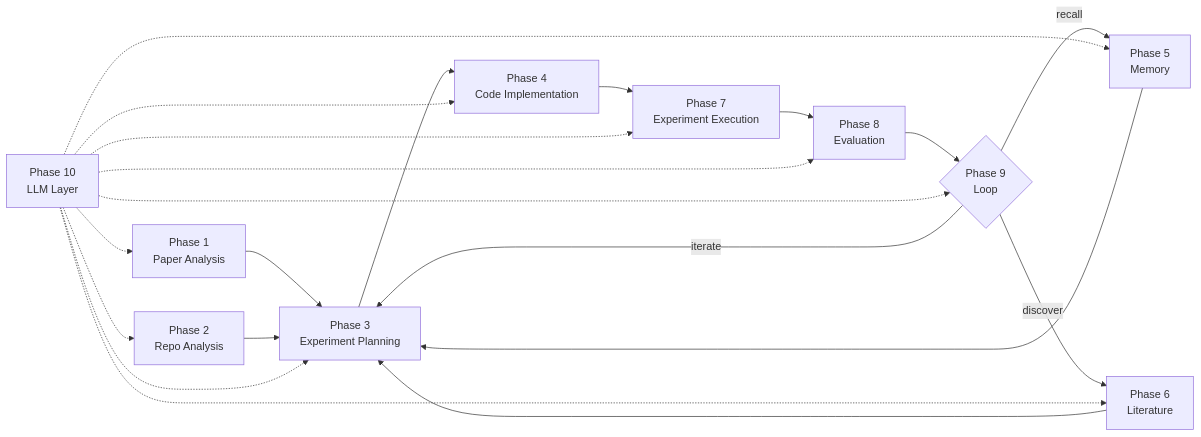
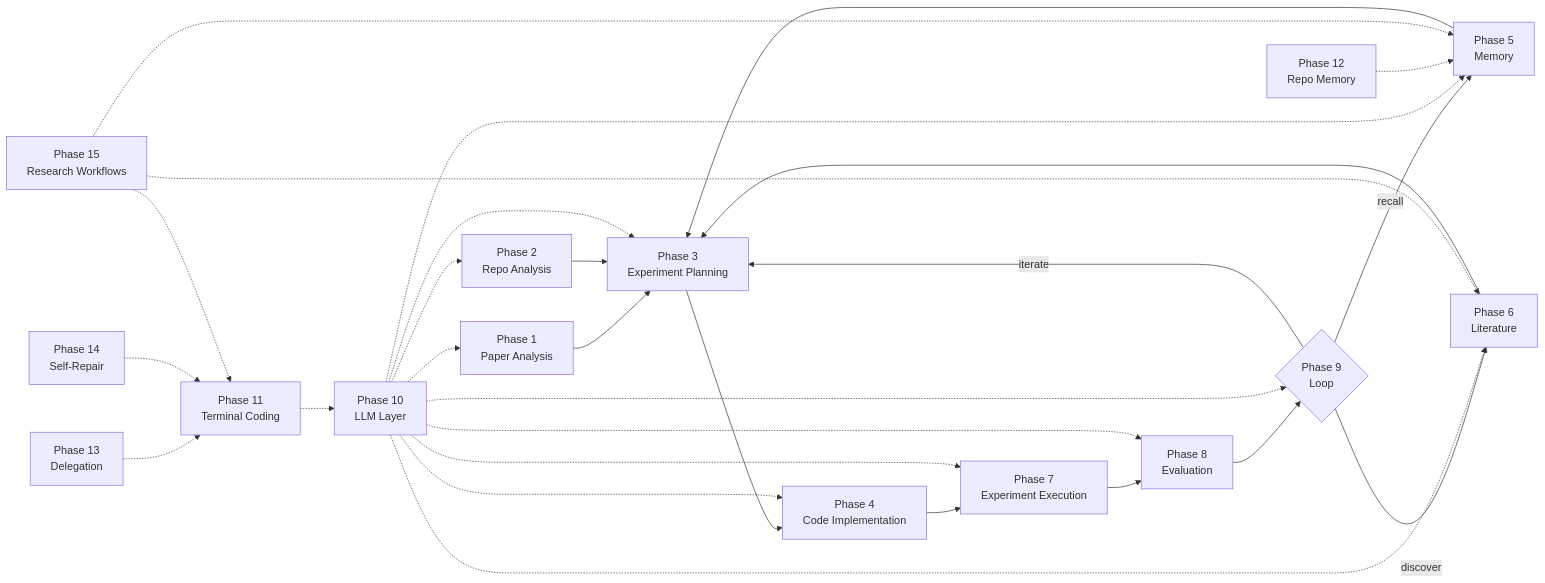
One commit to atandra2000/AutonomousResearcher changed the second of 19 diagrams in docs/architecture.md. Above: the diagram before and after it, drawn with Mermaid. The commit also changed other lines of this file and 54 other files, not shown here.

````diff
--- a/docs/architecture.md
+++ b/docs/architecture.md
@@ -112,15 +140,20 @@
 ```mermaid
 flowchart LR
     P1[Phase 1<br/>Paper Analysis] --> P3[Phase 3<br/>Experiment Planning]
     P2[Phase 2<br/>Repo Analysis] --> P3
     P3 --> P4[Phase 4<br/>Code Implementation]
     P4 --> P7[Phase 7<br/>Experiment Execution]
     P7 --> P8[Phase 8<br/>Evaluation]
     P8 --> P9{Phase 9<br/>Loop}
     P9 -->|recall| P5[Phase 5<br/>Memory]
     P9 -->|discover| P6[Phase 6<br/>Literature]
     P6 --> P3
     P5 --> P3
     P9 -->|iterate| P3
     P10[Phase 10<br/>LLM Layer] -.-> P1 & P2 & P3 & P4 & P5 & P6 & P7 & P8 & P9
+    P11[Phase 11<br/>Terminal Coding] -.-> P10
+    P12[Phase 12<br/>Repo Memory] -.-> P5
+    P13[Phase 13<br/>Delegation] -.-> P11
+    P14[Phase 14<br/>Self-Repair] -.-> P11
+    P15[Phase 15<br/>Research Workflows] -.-> P6 & P5 & P11
 ```
````
